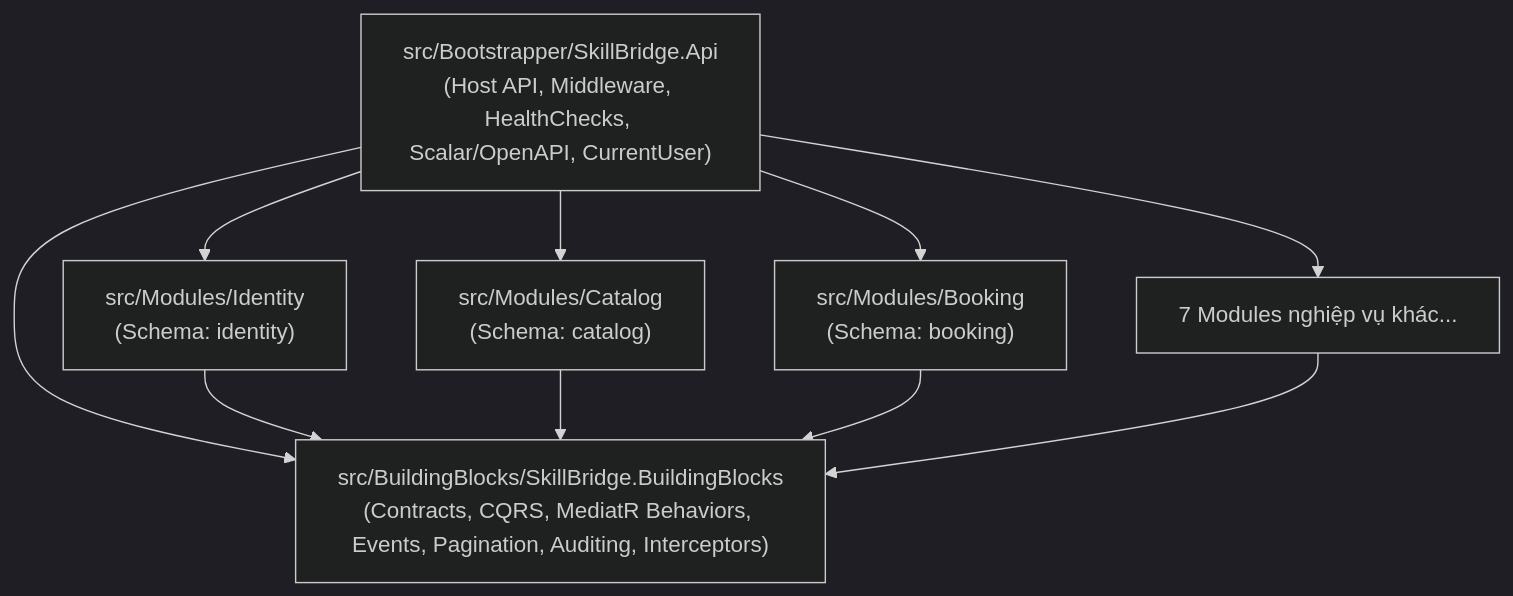
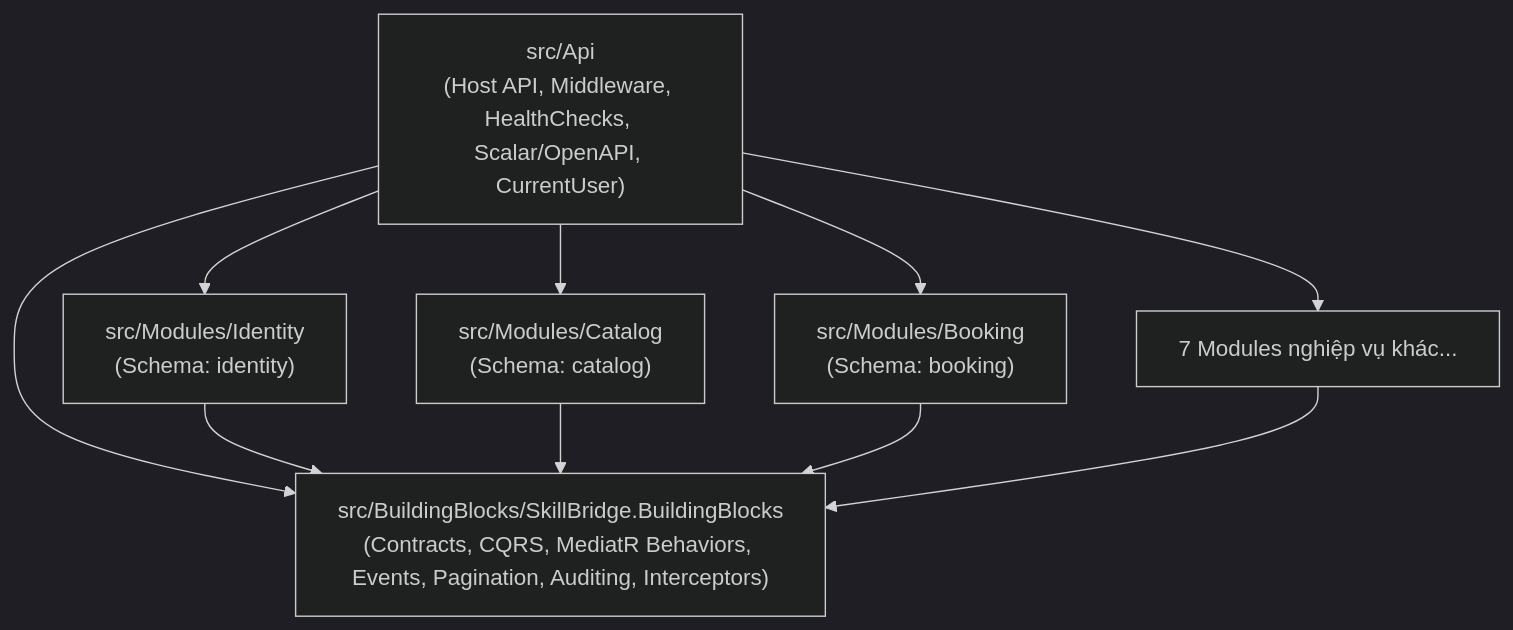
Before and after one commit to SkillBrigde/skillbridge-api: the diagram in docs/setup-guide.md, drawn with Mermaid (dark theme). The commit also changed other lines of this file and 16 other files, not shown here.

Commit message:
refactor: simplify API host project structure

````diff
--- a/docs/setup-guide.md
+++ b/docs/setup-guide.md
@@ -24,22 +25,22 @@
 ```mermaid
 graph TD
-    Bootstrapper["src/Bootstrapper/SkillBridge.Api<br/>(Host API, Middleware, HealthChecks, Scalar/OpenAPI, CurrentUser)"]
-    
+    Bootstrapper["src/Api<br/>(Host API, Middleware, HealthChecks, Scalar/OpenAPI, CurrentUser)"]
+
     BB["src/BuildingBlocks/SkillBridge.BuildingBlocks<br/>(Contracts, CQRS, MediatR Behaviors, Events, Pagination, Auditing, Interceptors)"]
-    
+
     ModIdentity["src/Modules/Identity<br/>(Schema: identity)"]
     ModCatalog["src/Modules/Catalog<br/>(Schema: catalog)"]
     ModBooking["src/Modules/Booking<br/>(Schema: booking)"]
     ModOther["7 Modules nghiệp vụ khác..."]
 
     Bootstrapper --> ModIdentity
     Bootstrapper --> ModCatalog
     Bootstrapper --> ModBooking
     Bootstrapper --> ModOther
     Bootstrapper --> BB
-    
+
     ModIdentity --> BB
     ModCatalog --> BB
     ModBooking --> BB
     ModOther --> BB
 ```
````
